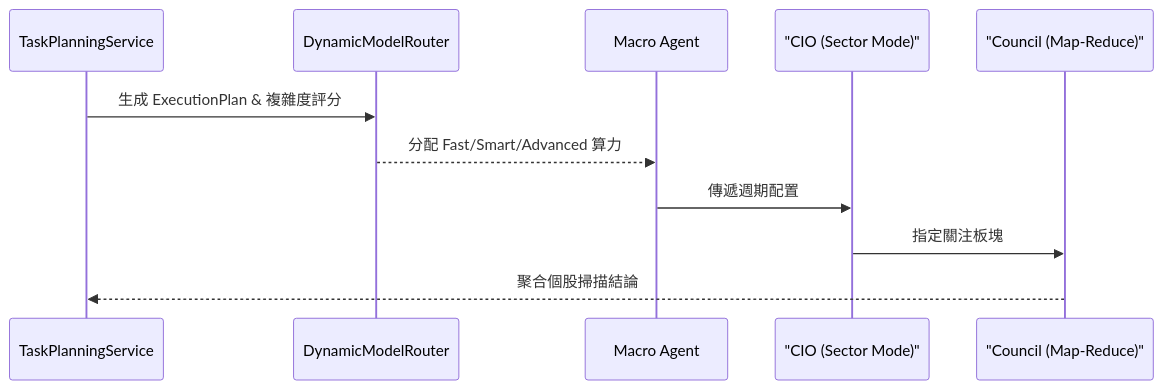
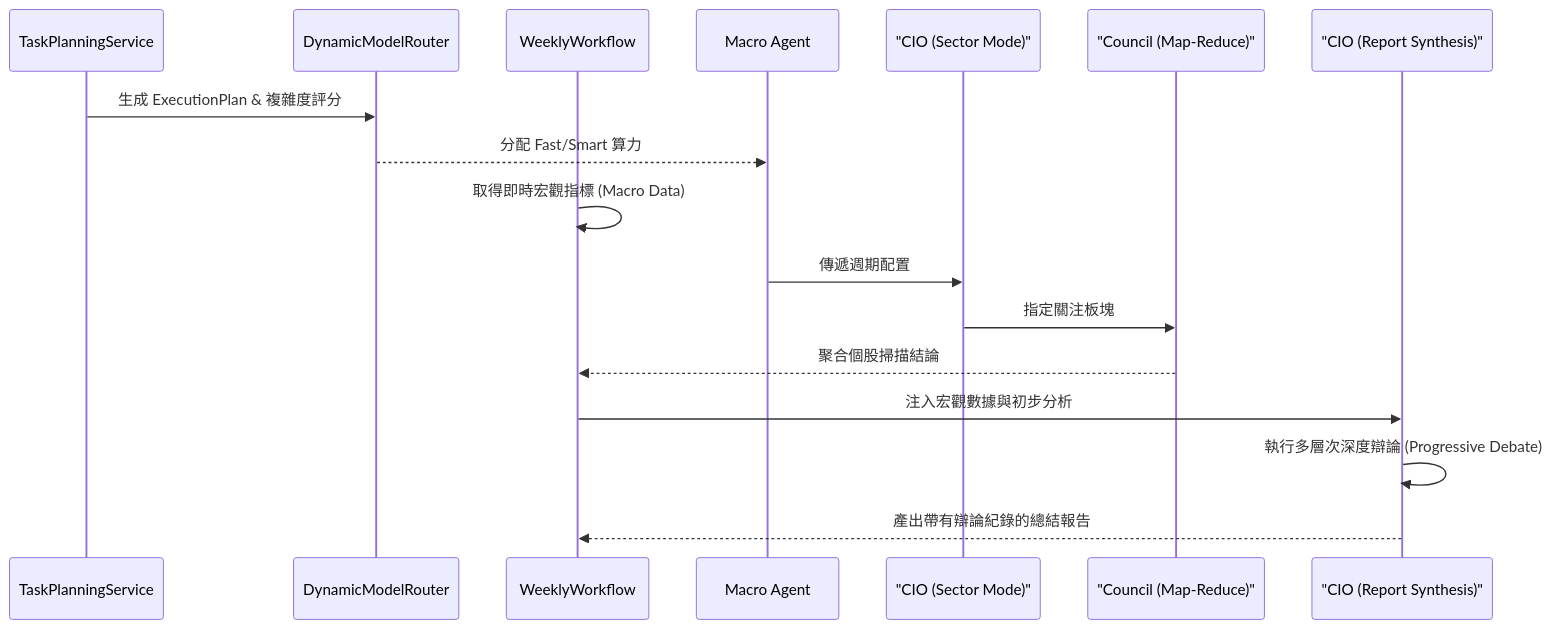
The diagram in wiki/04_架構觀點-Architect_Views/任務規劃與執行引擎-Task-Planning-Engine.md (neohsiung/AI-Investment-Advisor), drawn with Mermaid before and after one commit. The commit also changed other lines of this file and 7 other files, not shown here.

````diff
--- a/wiki/04_架構觀點-Architect_Views/任務規劃與執行引擎-Task-Planning-Engine.md
+++ b/wiki/04_架構觀點-Architect_Views/任務規劃與執行引擎-Task-Planning-Engine.md
@@ -48,14 +48,20 @@
 ```mermaid
 sequenceDiagram
     participant Planner as TaskPlanningService
     participant Router as DynamicModelRouter
+    participant Workflow as WeeklyWorkflow
     participant Macro as Macro Agent
     participant Sector as "CIO (Sector Mode)"
     participant Council as "Council (Map-Reduce)"
+    participant Synthesis as "CIO (Report Synthesis)"
     
     Planner->>Router: 生成 ExecutionPlan & 複雜度評分
-    Router-->>Macro: 分配 Fast/Smart/Advanced 算力
+    Router-->>Macro: 分配 Fast/Smart 算力
+    Workflow->>Workflow: 取得即時宏觀指標 (Macro Data)
     Macro->>Sector: 傳遞週期配置
     Sector->>Council: 指定關注板塊
-    Council-->>Planner: 聚合個股掃描結論
+    Council-->>Workflow: 聚合個股掃描結論
+    Workflow->>Synthesis: 注入宏觀數據與初步分析
+    Synthesis->>Synthesis: 執行多層次深度辯論 (Progressive Debate)
+    Synthesis-->>Workflow: 產出帶有辯論紀錄的總結報告
 ```
````
